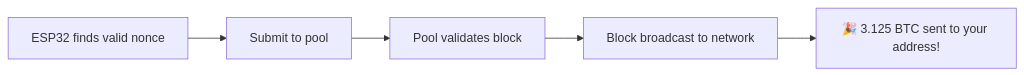
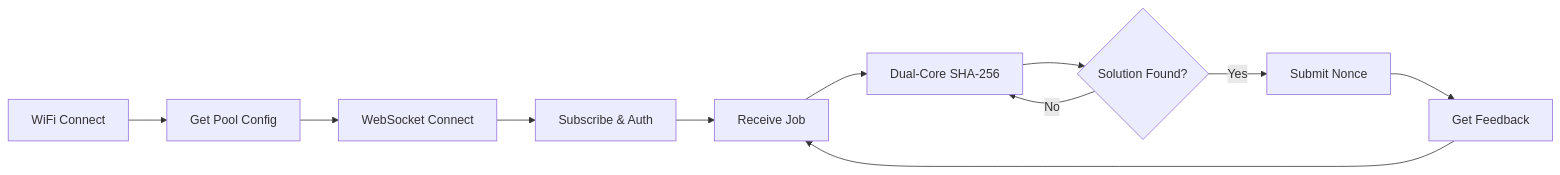
One commit to nam348tnh3gp/ESP32-Lottery changed the diagram in README.md. Above: the diagram before and after it, drawn with Mermaid. The commit also changed other lines of this file, not shown here.

````diff
--- a/README.md
+++ b/README.md
@@ -215,7 +169,13 @@
 ```mermaid
 graph LR
-    A[ESP32 finds valid nonce] --> B[Submit to pool]
-    B --> C[Pool validates block]
-    C --> D[Block broadcast to network]
-    D --> E[🎉 3.125 BTC sent to your address!]
+    A[WiFi Connect] --> B[Get Pool Config]
+    B --> C[WebSocket Connect]
+    C --> D[Subscribe & Auth]
+    D --> E[Receive Job]
+    E --> F[Dual-Core SHA-256]
+    F --> G{Solution Found?}
+    G -->|No| F
+    G -->|Yes| H[Submit Nonce]
+    H --> I[Get Feedback]
+    I --> E
 ```
````
